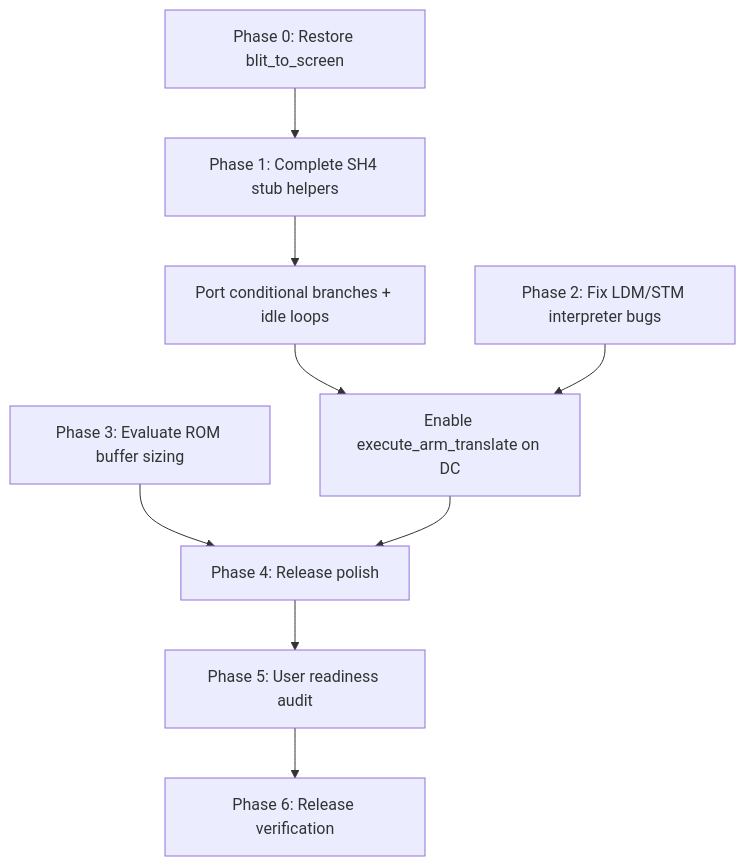
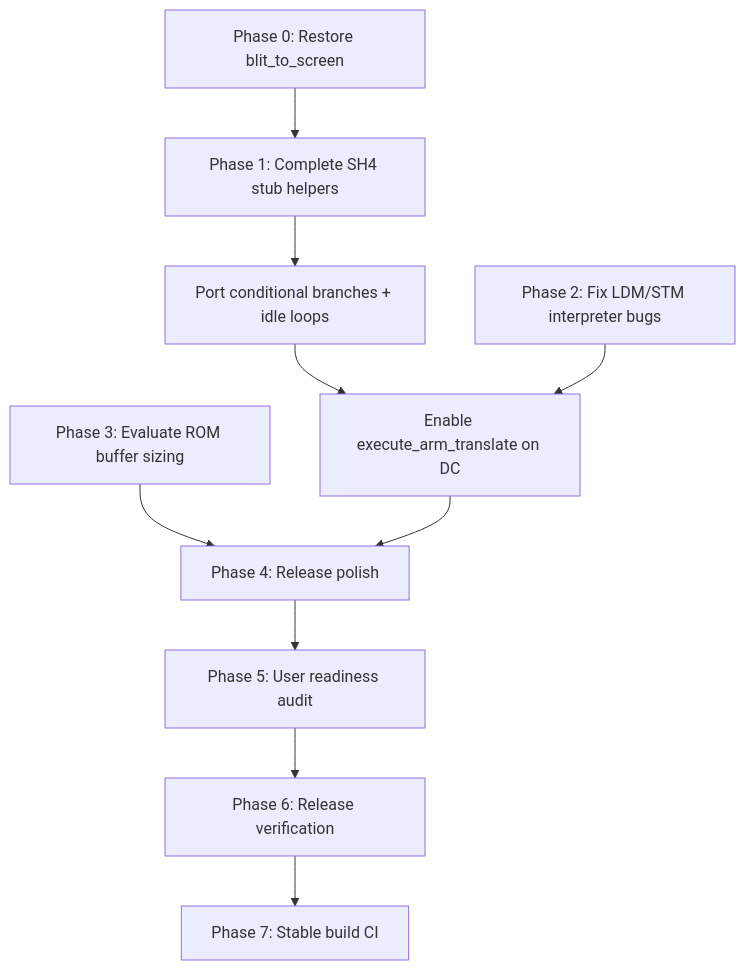
The diagram in HIGH_IMPACT_FIXES.md (GPF/gPSPDC), drawn with Mermaid before and after one commit. The commit also changed other lines of this file and 7 other files, not shown here.

First line of the commit message:
Phase 7: Dreamcast stable build CI (#14)

````diff
--- a/HIGH_IMPACT_FIXES.md
+++ b/HIGH_IMPACT_FIXES.md
@@ -131,11 +145,12 @@
 ```mermaid
 flowchart TD
     A[Phase 0: Restore blit_to_screen] --> B[Phase 1: Complete SH4 stub helpers]
     B --> C[Port conditional branches + idle loops]
     C --> D[Enable execute_arm_translate on DC]
     E[Phase 2: Fix LDM/STM interpreter bugs] --> D
     F[Phase 3: Evaluate ROM buffer sizing] --> G[Phase 4: Release polish]
     D --> G
     G --> H[Phase 5: User readiness audit]
     H --> I[Phase 6: Release verification]
+    I --> J[Phase 7: Stable build CI]
 ```
````
